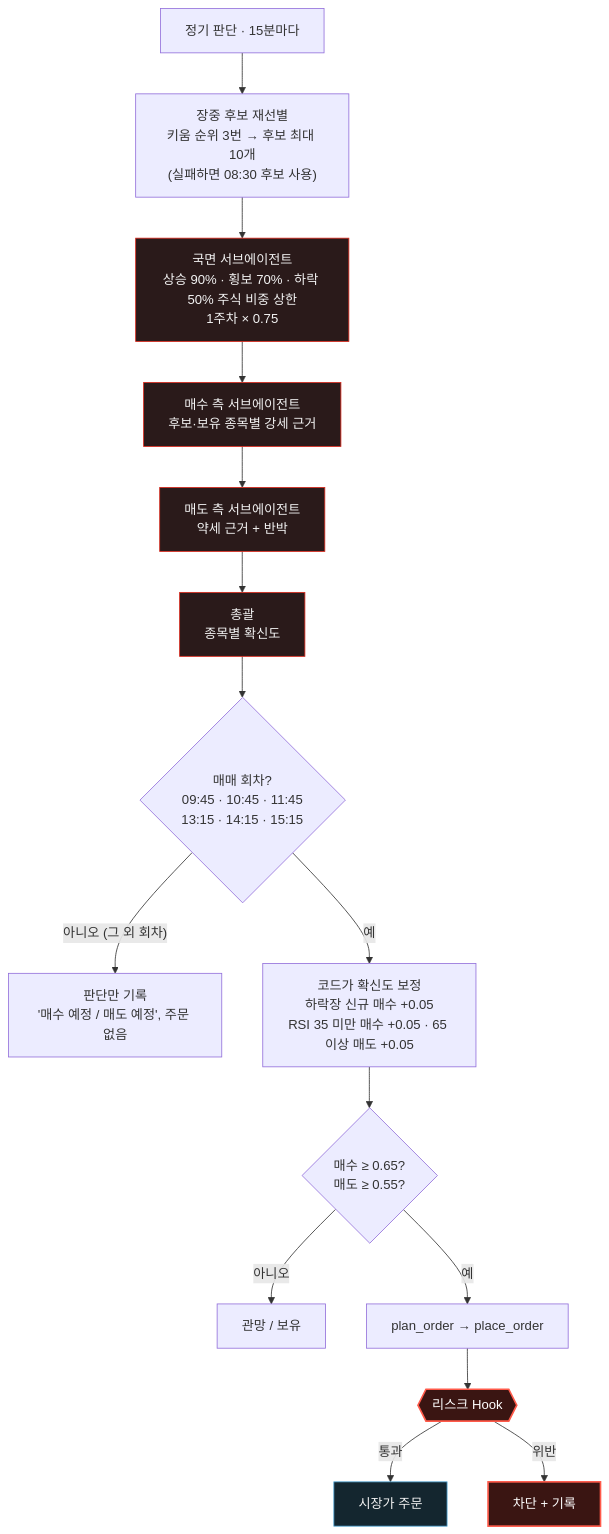
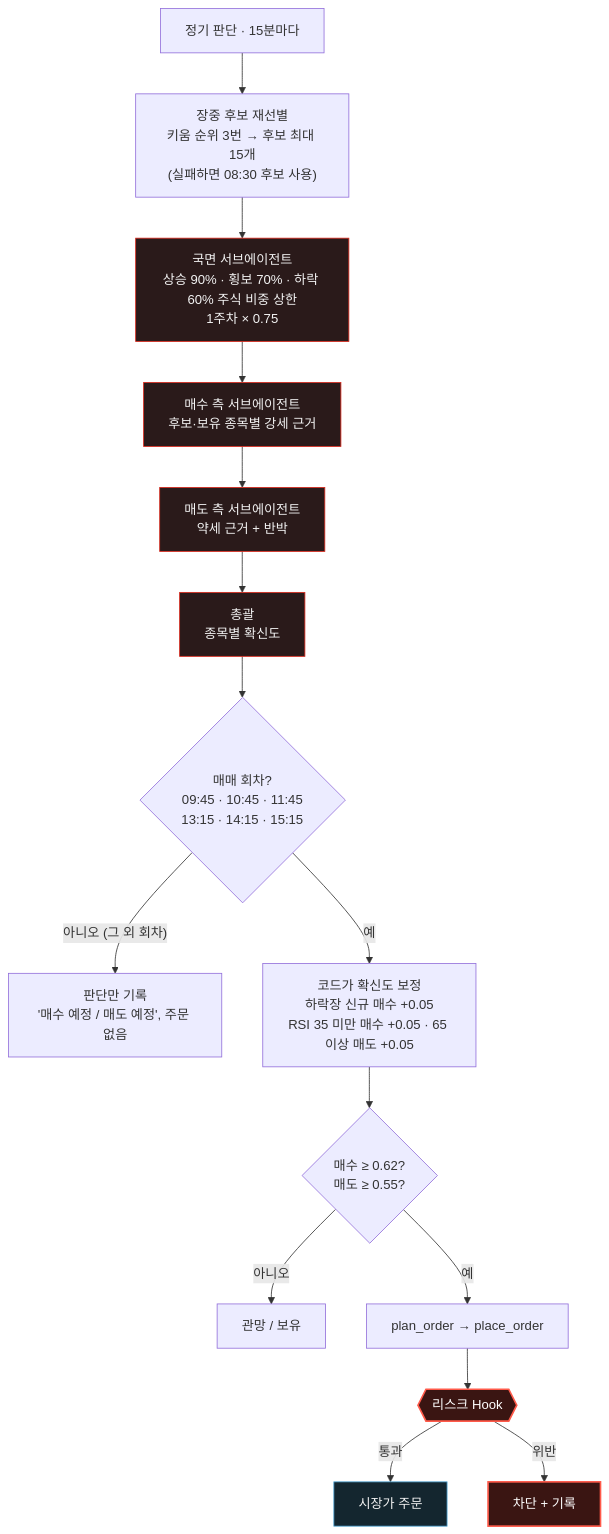
The diagram in assets/diagrams/decision.ko.mmd (isopink/hynix-298f), drawn with Mermaid before and after one commit. The commit also changed 6 other files, not shown here.

First line of the commit message:
Docs: new thresholds, sizing and candidate pool in README, diagrams and CLAUDE.md

```diff
--- a/assets/diagrams/decision.ko.mmd
+++ b/assets/diagrams/decision.ko.mmd
@@ -1,21 +1,21 @@
 flowchart TB
-    S["정기 판단 · 15분마다"] --> P["장중 후보 재선별<br/>키움 순위 3번 → 후보 최대 10개<br/>(실패하면 08:30 후보 사용)"]
-    P --> G["국면 서브에이전트<br/>상승 90% · 횡보 70% · 하락 50% 주식 비중 상한<br/>1주차 × 0.75"]
+    S["정기 판단 · 15분마다"] --> P["장중 후보 재선별<br/>키움 순위 3번 → 후보 최대 15개<br/>(실패하면 08:30 후보 사용)"]
+    P --> G["국면 서브에이전트<br/>상승 90% · 횡보 70% · 하락 60% 주식 비중 상한<br/>1주차 × 0.75"]
     G --> B["매수 측 서브에이전트<br/>후보·보유 종목별 강세 근거"]
     B --> R["매도 측 서브에이전트<br/>약세 근거 + 반박"]
     R --> L["총괄<br/>종목별 확신도"]
     L --> T{"매매 회차?<br/>09:45 · 10:45 · 11:45<br/>13:15 · 14:15 · 15:15"}
     T -- "아니오 (그 외 회차)" --> V["판단만 기록<br/>'매수 예정 / 매도 예정', 주문 없음"]
     T -- 예 --> C["코드가 확신도 보정<br/>하락장 신규 매수 +0.05<br/>RSI 35 미만 매수 +0.05 · 65 이상 매도 +0.05"]
-    C --> Q{"매수 ≥ 0.65?<br/>매도 ≥ 0.55?"}
+    C --> Q{"매수 ≥ 0.62?<br/>매도 ≥ 0.55?"}
     Q -- 아니오 --> W["관망 / 보유"]
     Q -- 예 --> Z["plan_order → place_order"]
     Z --> H{{"리스크 Hook"}}
     H -- 통과 --> O["시장가 주문"]
     H -- 위반 --> X["차단 + 기록"]
     classDef agent fill:#2a1a1a,stroke:#da291c,color:#f3f3f3
     classDef hook fill:#3a1512,stroke:#ff5a4a,stroke-width:2px,color:#ffffff
     classDef ok fill:#14262f,stroke:#4aa3d4,color:#f3f3f3
     class G,B,R,L agent
     class H,X hook
     class O ok
```
